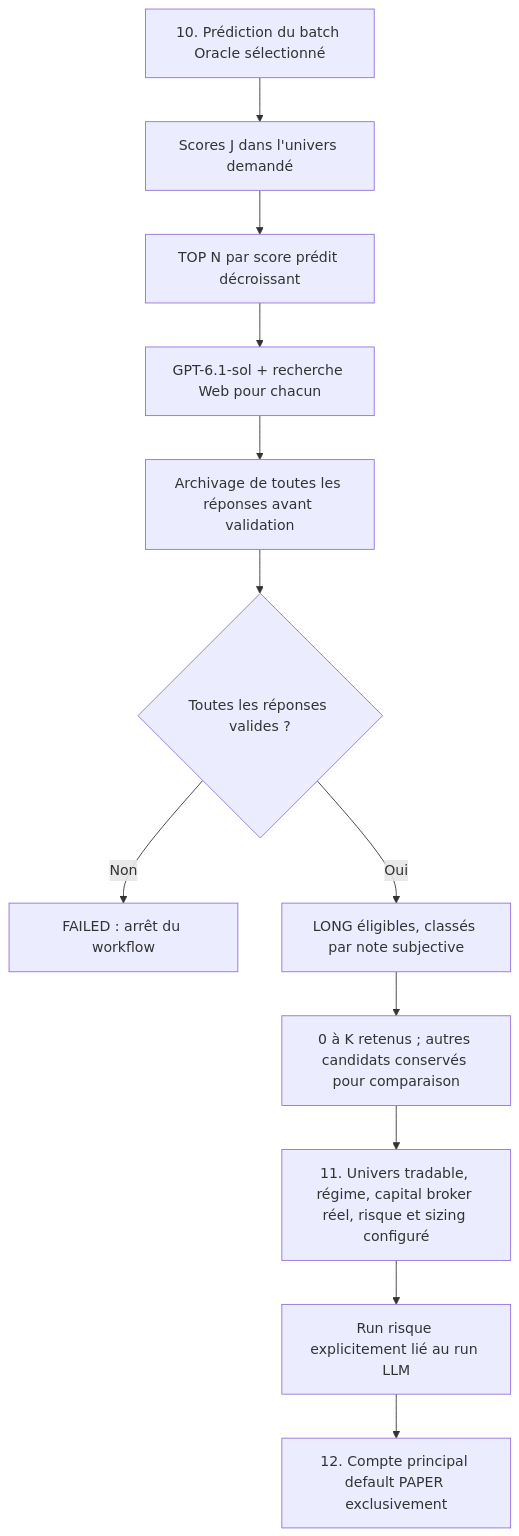
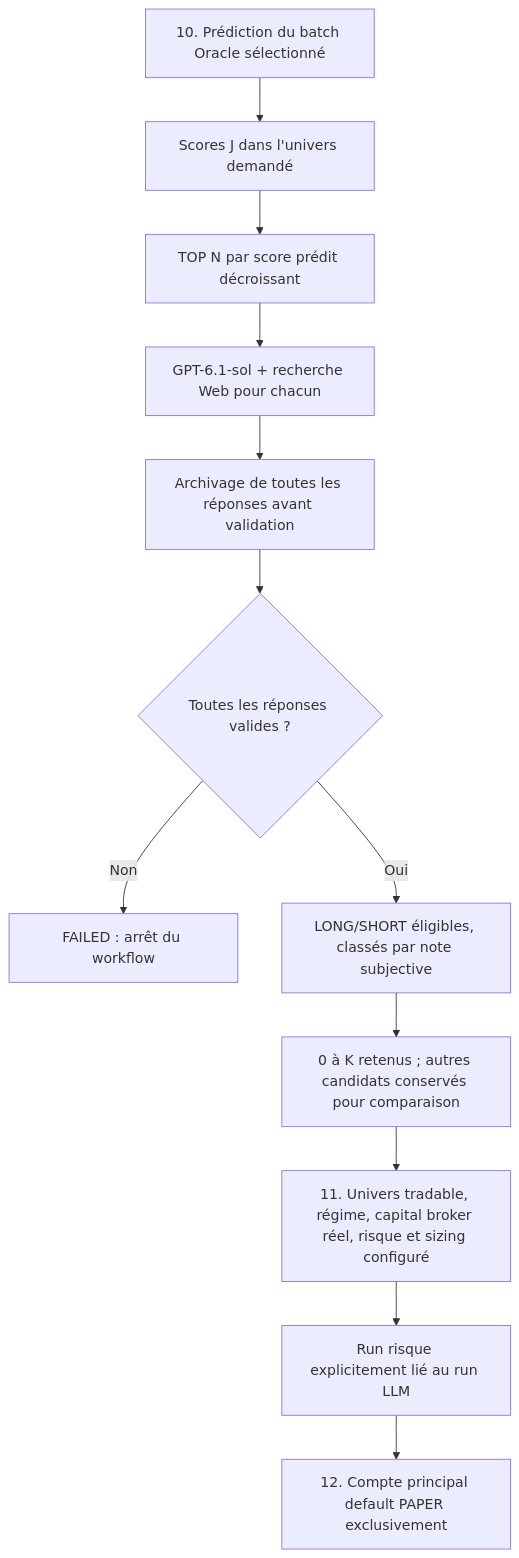
The diagram in doc/ml/oracle_llm_directional_filter.md (mli2000fr/alpha_trade), drawn with Mermaid before and after one commit. The commit also changed other lines of this file and 40 other files, not shown here.

````diff
--- a/doc/ml/oracle_llm_directional_filter.md
+++ b/doc/ml/oracle_llm_directional_filter.md
@@ -13,14 +78,14 @@
 ```mermaid
 flowchart TD
     A[10. Prédiction du batch Oracle sélectionné] --> B[Scores J dans l'univers demandé]
     B --> C[TOP N par score prédit décroissant]
     C --> D[GPT-6.1-sol + recherche Web pour chacun]
     D --> E[Archivage de toutes les réponses avant validation]
     E --> F{Toutes les réponses valides ?}
     F -->|Non| G[FAILED : arrêt du workflow]
-    F -->|Oui| H[LONG éligibles, classés par note subjective]
+    F -->|Oui| H[LONG/SHORT éligibles, classés par note subjective]
     H --> I[0 à K retenus ; autres candidats conservés pour comparaison]
     I --> J[11. Univers tradable, régime, capital broker réel, risque et sizing configuré]
     J --> L[Run risque explicitement lié au run LLM]
     L --> M[12. Compte principal default PAPER exclusivement]
 ```
````
